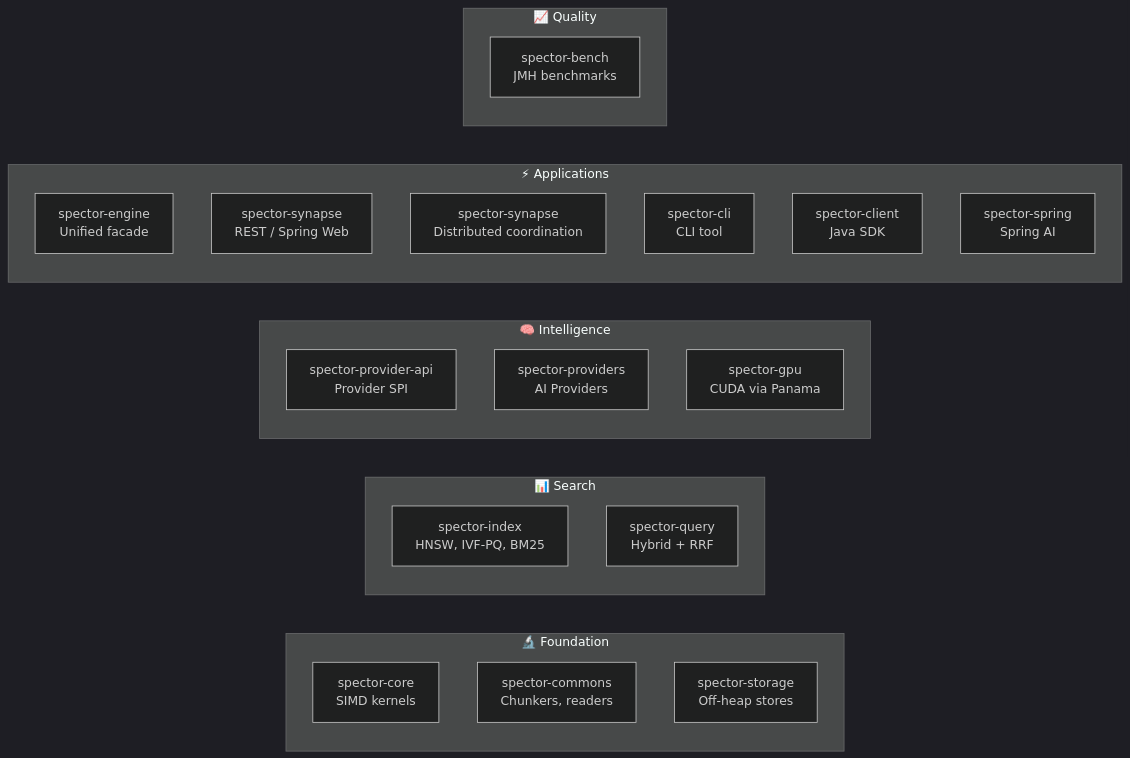
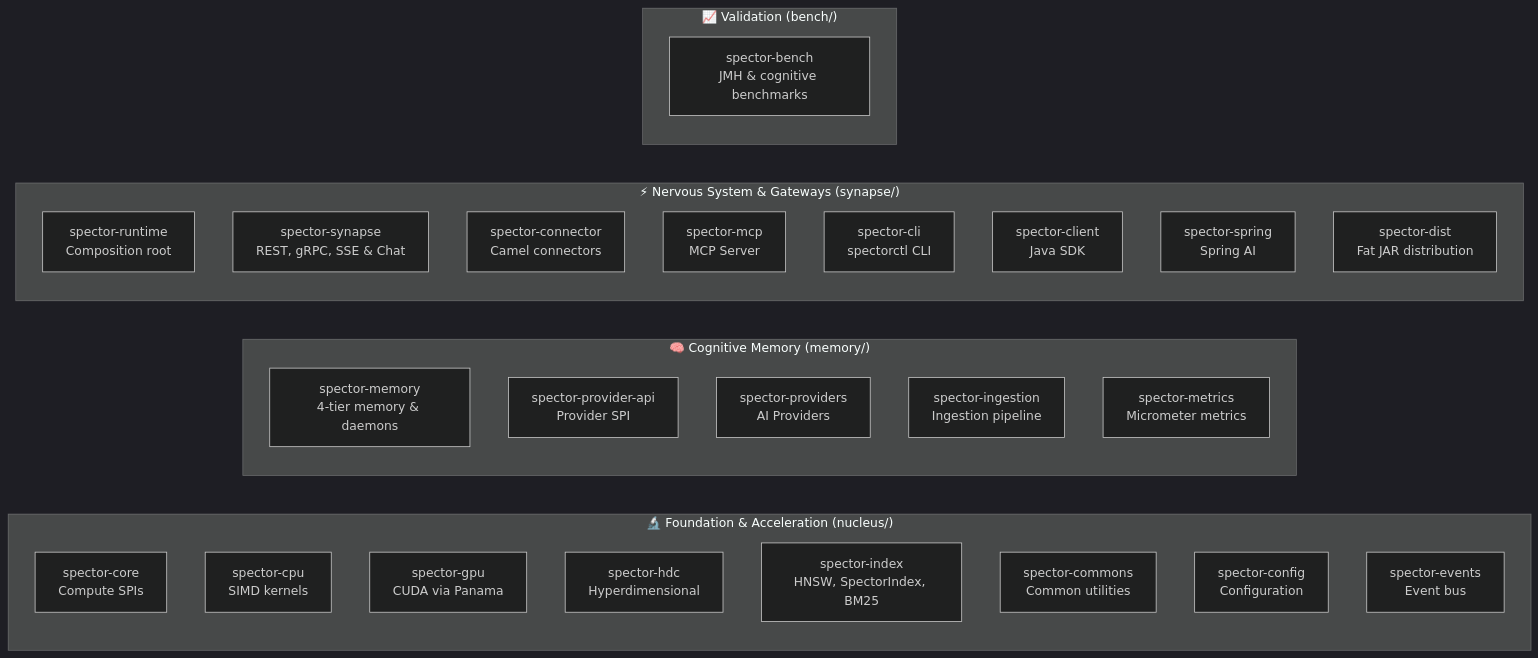
Before and after one commit to spectrayan/spector: the diagram in docs/docs/operations/contributing.md, drawn with Mermaid (dark theme). The commit also changed 43 other files, not shown here.

First line of the commit message:
docs(architecture): update diagrams, module maps, and guides post storage/query decommissioning (#653)

````diff
--- a/docs/docs/operations/contributing.md
+++ b/docs/docs/operations/contributing.md
@@ -45,32 +45,36 @@
 ```mermaid
 graph LR
-    subgraph "🔬 Foundation"
-        core["spector-core<br/>SIMD kernels"]
-        commons["spector-commons<br/>Chunkers, readers"]
-        storage["spector-storage<br/>Off-heap stores"]
+    subgraph "🔬 Foundation & Acceleration (nucleus/)"
+        core["spector-core<br/>Compute SPIs"]
+        cpu["spector-cpu<br/>SIMD kernels"]
+        gpu["spector-gpu<br/>CUDA via Panama"]
+        hdc["spector-hdc<br/>Hyperdimensional"]
+        index["spector-index<br/>HNSW, SpectorIndex, BM25"]
+        commons["spector-commons<br/>Common utilities"]
+        config["spector-config<br/>Configuration"]
+        events["spector-events<br/>Event bus"]
     end
 
-    subgraph "📊 Search"
-        index["spector-index<br/>HNSW, IVF-PQ, BM25"]
-        query["spector-query<br/>Hybrid + RRF"]
+    subgraph "🧠 Cognitive Memory (memory/)"
+        memory["spector-memory<br/>4-tier memory & daemons"]
+        providerapi["spector-provider-api<br/>Provider SPI"]
+        providers["spector-providers<br/>AI Providers"]
+        ingestion["spector-ingestion<br/>Ingestion pipeline"]
+        metrics["spector-metrics<br/>Micrometer metrics"]
     end
 
-    subgraph "🧠 Intelligence"
-        providerapi["spector-provider-api<br/>Provider SPI"]
-        providers["spector-providers<br/>AI Providers"]
-        gpu["spector-gpu<br/>CUDA via Panama"]
+    subgraph "⚡ Nervous System & Gateways (synapse/)"
+        runtime["spector-runtime<br/>Composition root"]
+        synapse["spector-synapse<br/>REST, gRPC, SSE & Chat"]
+        connector["spector-connector<br/>Camel connectors"]
+        mcp["spector-mcp<br/>MCP Server"]
+        cli["spector-cli<br/>spectorctl CLI"]
+        client["spector-client<br/>Java SDK"]
+        spring["spector-spring<br/>Spring AI"]
+        dist["spector-dist<br/>Fat JAR distribution"]
     end
 
-    subgraph "⚡ Applications"
-        engine["spector-engine<br/>Unified facade"]
-        server["spector-synapse<br/>REST / Spring Web"]
-        cluster["spector-synapse<br/>Distributed coordination"]
-        cli["spector-cli<br/>CLI tool"]
-        client["spector-client<br/>Java SDK"]
-        spring["spector-spring<br/>Spring AI"]
-    end
-
-    subgraph "📈 Quality"
-        bench["spector-bench<br/>JMH benchmarks"]
+    subgraph "📈 Validation (bench/)"
+        bench["spector-bench<br/>JMH & cognitive benchmarks"]
     end
 ```
````
